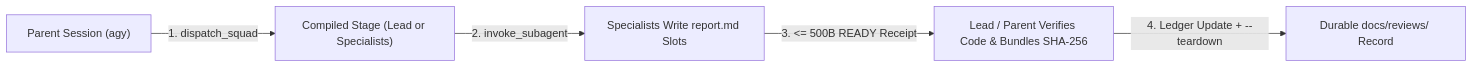
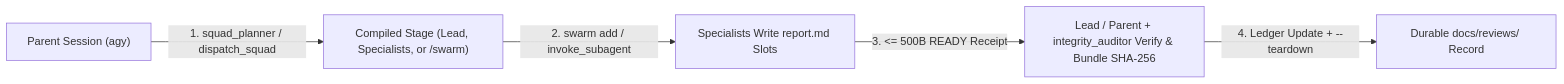
The diagram in docs/concepts.md (paragon-ux/Agy-Squad), drawn with Mermaid before and after one commit. The commit also changed other lines of this file and 46 other files, not shown here.

````diff
--- a/docs/concepts.md
+++ b/docs/concepts.md
@@ -7,7 +7,7 @@
 ```mermaid
 flowchart LR
-  P["Parent Session (agy)"] -->|"1. dispatch_squad"| C["Compiled Stage (Lead or Specialists)"]
-  C -->|"2. invoke_subagent"| S["Specialists Write report.md Slots"]
-  S -->|"3. <= 500B READY Receipt"| L["Lead / Parent Verifies Code & Bundles SHA-256"]
+  P["Parent Session (agy)"] -->|"1. squad_planner / dispatch_squad"| C["Compiled Stage (Lead, Specialists, or /swarm)"]
+  C -->|"2. swarm add / invoke_subagent"| S["Specialists Write report.md Slots"]
+  S -->|"3. <= 500B READY Receipt"| L["Lead / Parent + integrity_auditor Verify & Bundle SHA-256"]
   L -->|"4. Ledger Update + --teardown"| D["Durable docs/reviews/ Record"]
 ```
````
